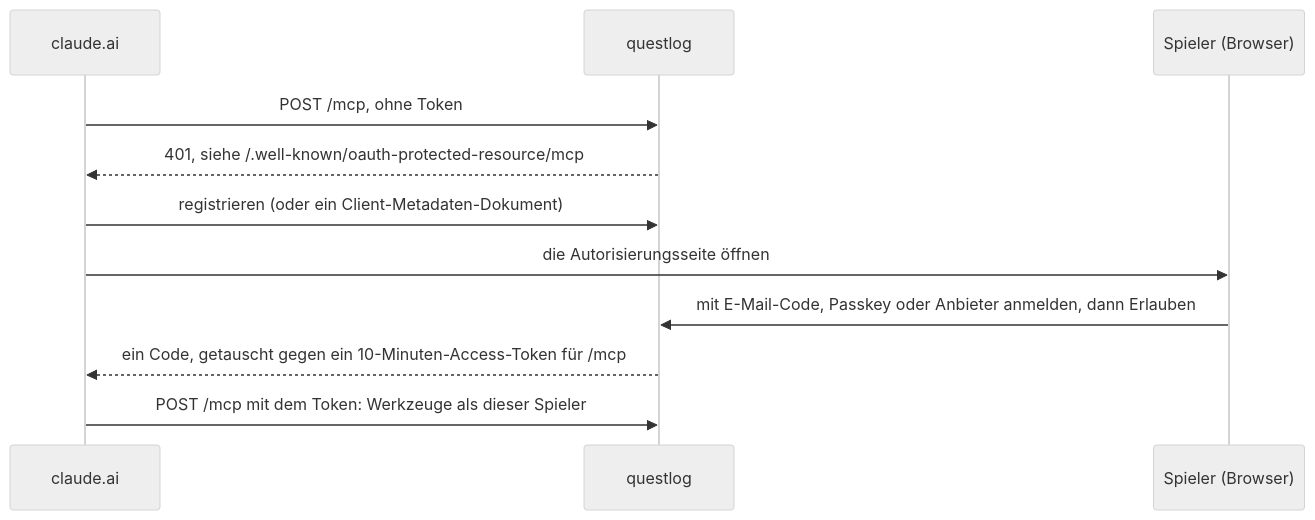
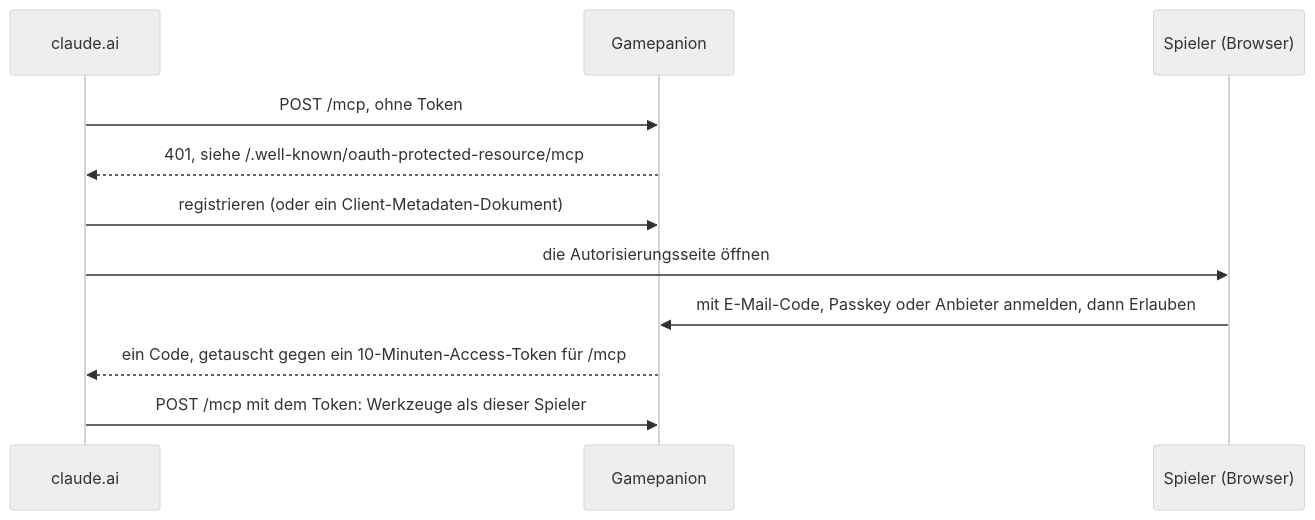
The diagram in docs/self-hosting/connect-claude.de.md (Marceltov/questlog), drawn with Mermaid (neutral theme) before and after one commit. The commit also changed other lines of this file and 66 other files, not shown here.

````diff
--- a/docs/self-hosting/connect-claude.de.md
+++ b/docs/self-hosting/connect-claude.de.md
@@ -5,13 +5,13 @@
 ```mermaid
 sequenceDiagram
   participant C as claude.ai
-  participant Q as questlog
+  participant Q as Gamepanion
   participant P as Spieler (Browser)
   C->>Q: POST /mcp, ohne Token
   Q-->>C: 401, siehe /.well-known/oauth-protected-resource/mcp
   C->>Q: registrieren (oder ein Client-Metadaten-Dokument)
   C->>P: die Autorisierungsseite öffnen
   P->>Q: mit E-Mail-Code, Passkey oder Anbieter anmelden, dann Erlauben
   Q-->>C: ein Code, getauscht gegen ein 10-Minuten-Access-Token für /mcp
   C->>Q: POST /mcp mit dem Token: Werkzeuge als dieser Spieler
 ```
````
